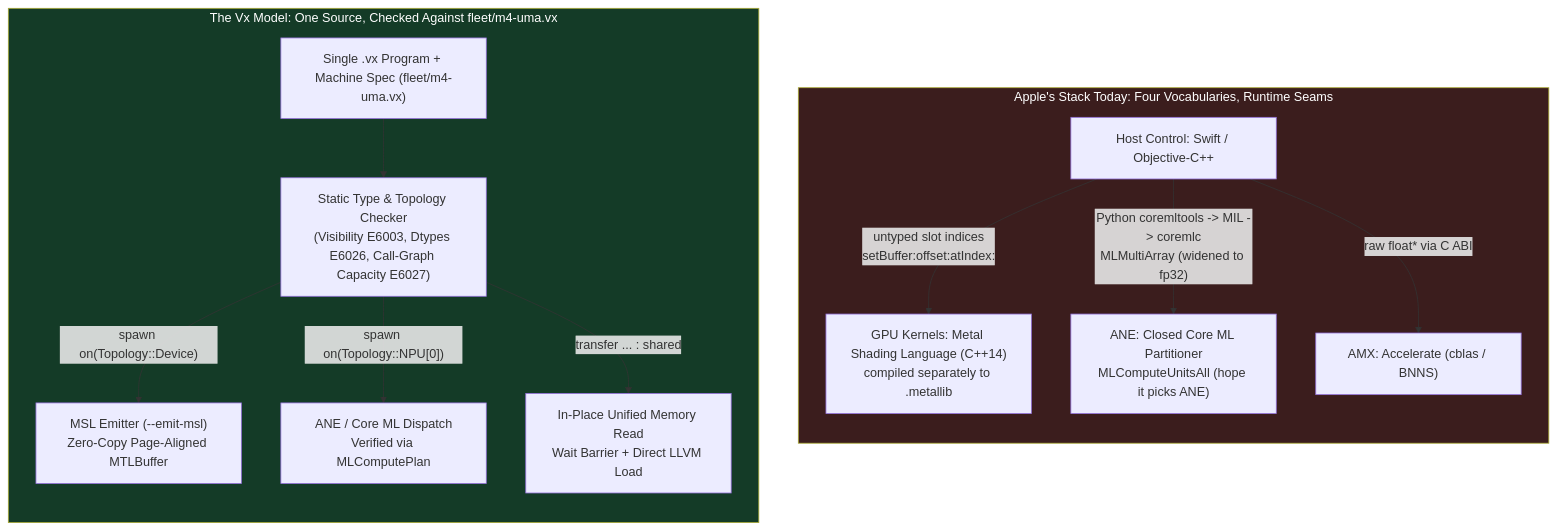
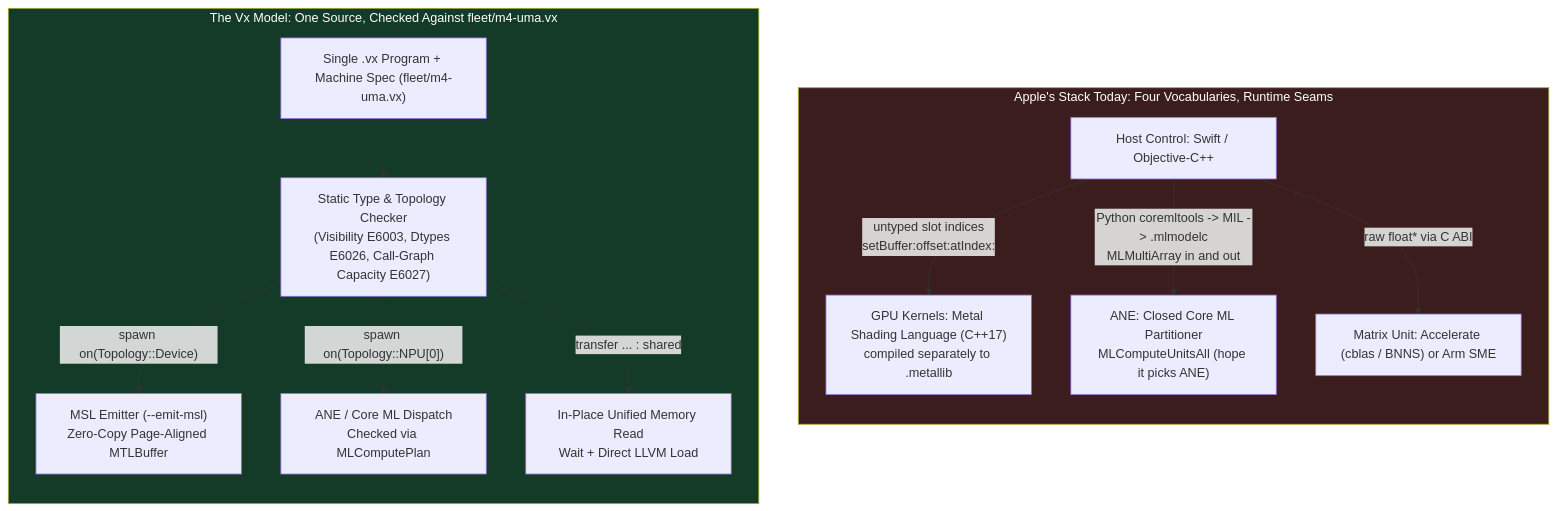
The diagram in _posts/2026-11-08-apple-has-the-silicon-not-the-language.md (hiraditya/hiraditya.github.io), drawn with Mermaid before and after one commit. The commit also changed other lines of this file, not shown here.

````diff
--- a/_posts/2026-11-08-apple-has-the-silicon-not-the-language.md
+++ b/_posts/2026-11-08-apple-has-the-silicon-not-the-language.md
@@ -103,20 +105,20 @@
 ```mermaid
 flowchart TB
     subgraph TODAY["Apple's Stack Today: Four Vocabularies, Runtime Seams"]
         direction TB
-        S1["Host Control: Swift / Objective-C++"] -->|"untyped slot indices<br/>setBuffer:offset:atIndex:"| M1["GPU Kernels: Metal Shading Language (C++14)<br/>compiled separately to .metallib"]
-        S1 -->|"Python coremltools -> MIL -> coremlc<br/>MLMultiArray (widened to fp32)"| A1["ANE: Closed Core ML Partitioner<br/>MLComputeUnitsAll (hope it picks ANE)"]
-        S1 -->|"raw float* via C ABI"| X1["AMX: Accelerate (cblas / BNNS)"]
+        S1["Host Control: Swift / Objective-C++"] -->|"untyped slot indices<br/>setBuffer:offset:atIndex:"| M1["GPU Kernels: Metal Shading Language (C++17)<br/>compiled separately to .metallib"]
+        S1 -->|"Python coremltools -> MIL -> .mlmodelc<br/>MLMultiArray in and out"| A1["ANE: Closed Core ML Partitioner<br/>MLComputeUnitsAll (hope it picks ANE)"]
+        S1 -->|"raw float* via C ABI"| X1["Matrix Unit: Accelerate (cblas / BNNS) or Arm SME"]
     end
 
     subgraph VX["The Vx Model: One Source, Checked Against fleet/m4-uma.vx"]
         direction TB
         V0["Single .vx Program + Machine Spec (fleet/m4-uma.vx)"] --> V1["Static Type & Topology Checker<br/>(Visibility E6003, Dtypes E6026, Call-Graph Capacity E6027)"]
         V1 -->|"spawn on(Topology::Device)"| V2["MSL Emitter (--emit-msl)<br/>Zero-Copy Page-Aligned MTLBuffer"]
-        V1 -->|"spawn on(Topology::NPU[0])"| V3["ANE / Core ML Dispatch<br/>Verified via MLComputePlan"]
-        V1 -->|"transfer ... : shared"| V4["In-Place Unified Memory Read<br/>Wait Barrier + Direct LLVM Load"]
+        V1 -->|"spawn on(Topology::NPU[0])"| V3["ANE / Core ML Dispatch<br/>Checked via MLComputePlan"]
+        V1 -->|"transfer ... : shared"| V4["In-Place Unified Memory Read<br/>Wait + Direct LLVM Load"]
     end
 
     style TODAY fill:#3b1d1d,color:#fff
     style VX fill:#143b27,color:#fff
 ```
````
